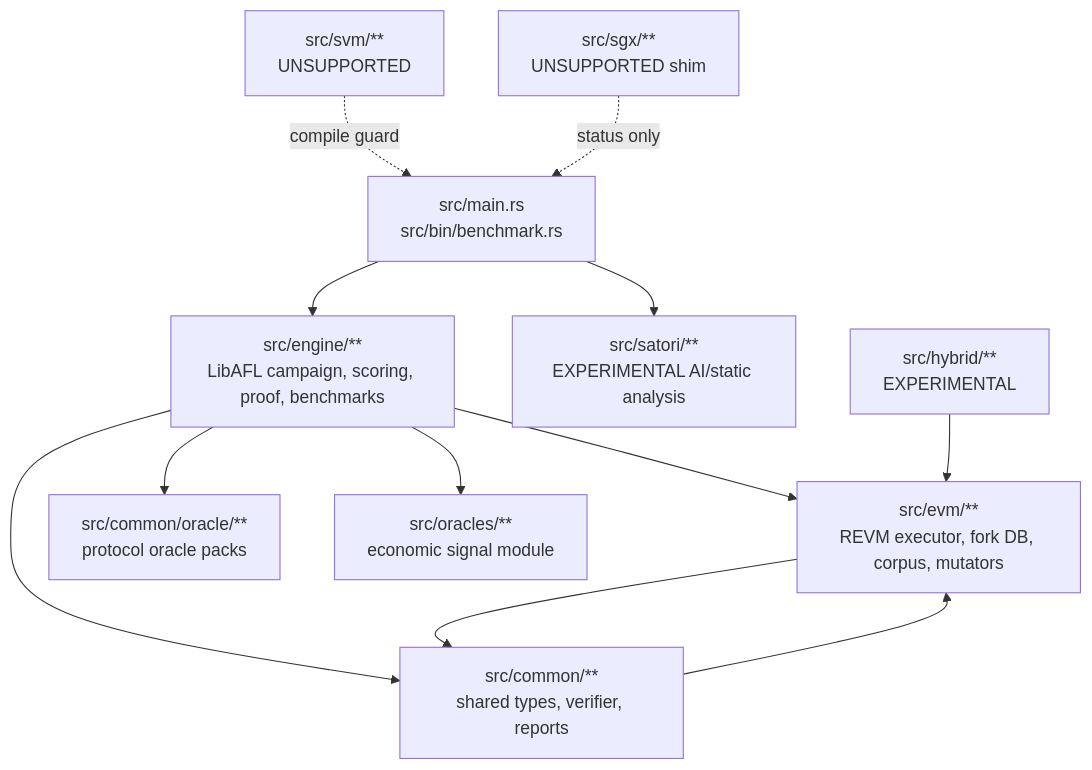
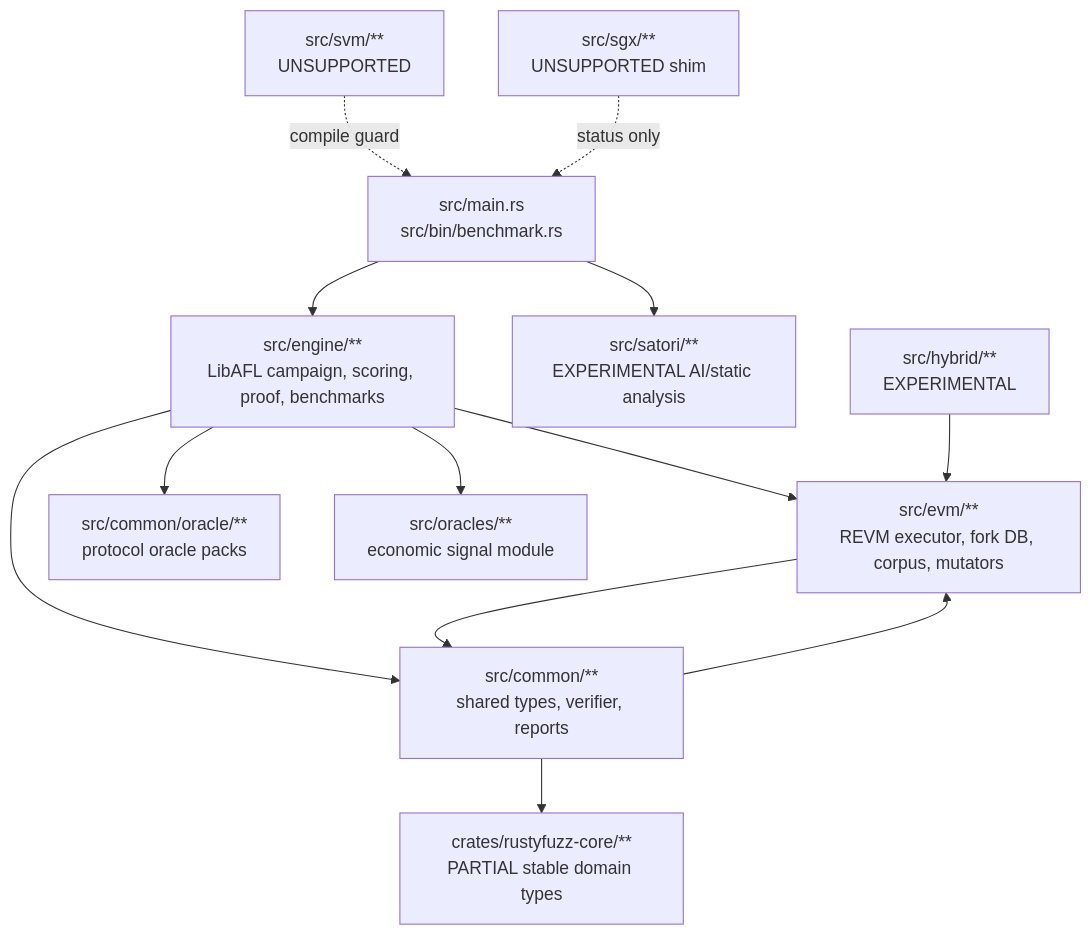
Before and after one commit to Wakhungila/RustyFuzz: the first of 2 diagrams in docs/ARCHITECTURE.md, drawn with Mermaid. The commit also changed other lines of this file and 13 other files, not shown here.

Commit message:
refactor: extract rustyfuzz core domain crate

````diff
--- a/docs/ARCHITECTURE.md
+++ b/docs/ARCHITECTURE.md
@@ -31,14 +41,16 @@
 ```mermaid
 flowchart TD
+    Core["crates/rustyfuzz-core/**\nPARTIAL stable domain types"]
     CLI["src/main.rs\nsrc/bin/benchmark.rs"] --> Engine["src/engine/**\nLibAFL campaign, scoring, proof, benchmarks"]
     CLI --> Satori["src/satori/**\nEXPERIMENTAL AI/static analysis"]
     Engine --> EVM["src/evm/**\nREVM executor, fork DB, corpus, mutators"]
     Engine --> Common["src/common/**\nshared types, verifier, reports"]
     Engine --> CommonOracle["src/common/oracle/**\nprotocol oracle packs"]
     Engine --> Oracles["src/oracles/**\neconomic signal module"]
     EVM --> Common
     Common --> EVM
+    Common --> Core
     Hybrid["src/hybrid/**\nEXPERIMENTAL"] --> EVM
     SVM["src/svm/**\nUNSUPPORTED"] -. compile guard .-> CLI
     SGX["src/sgx/**\nUNSUPPORTED shim"] -. status only .-> CLI
 ```
````
